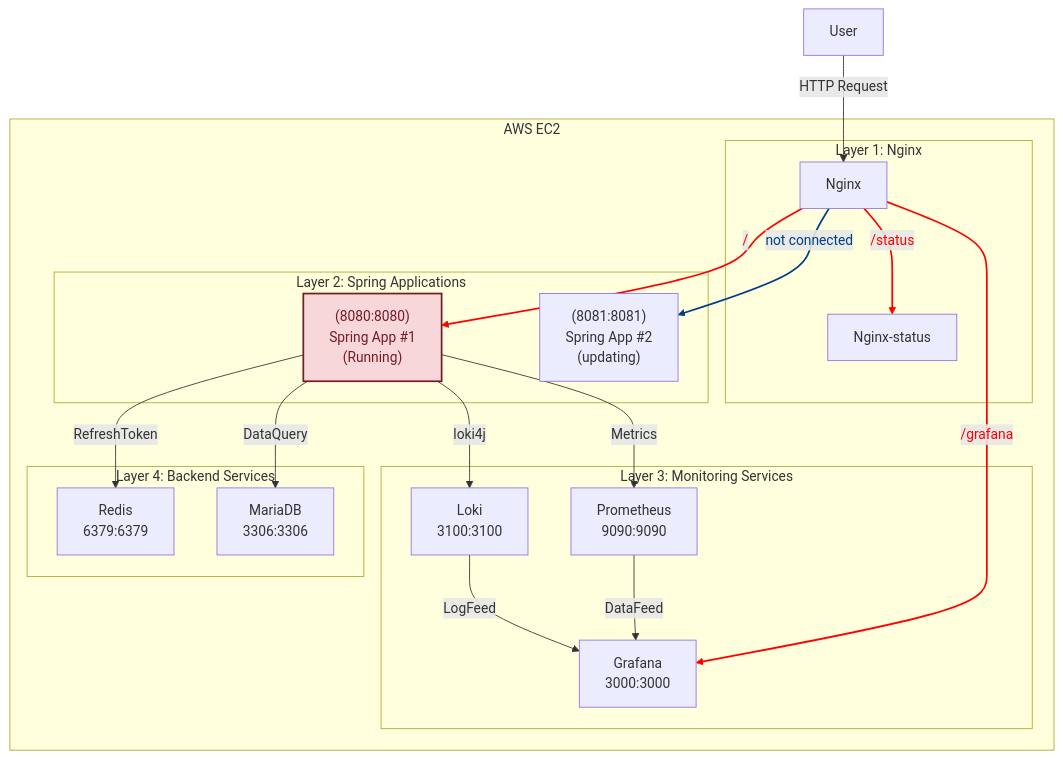
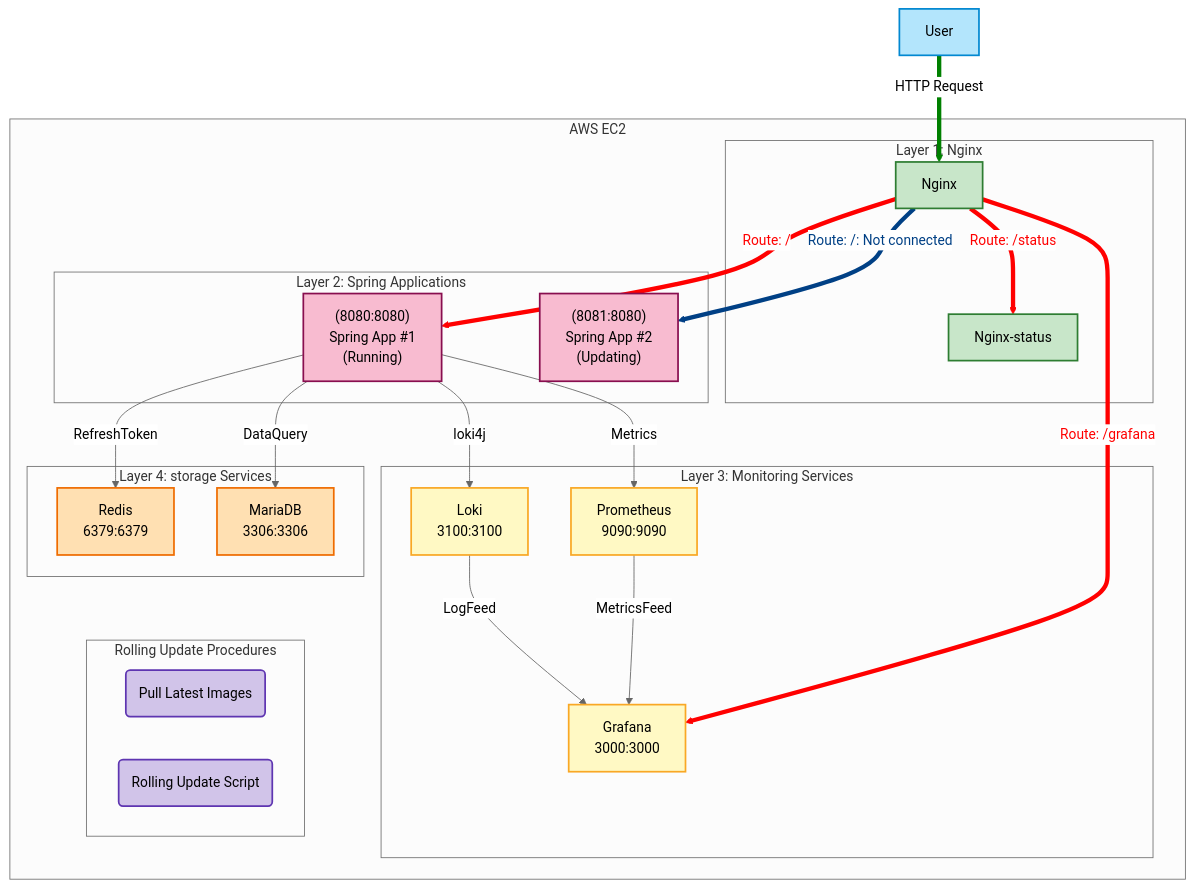
Before and after one commit to tape4/spring-cicd-template: the second of 5 diagrams in README.md, drawn with Mermaid. The commit also changed other lines of this file, not shown here.

````diff
--- a/README.md
+++ b/README.md
@@ -69,59 +81,69 @@
 ```mermaid
+%%{init: {'theme': 'neutral', 'themeVariables': { 'background': '#F0F0F0' }}}%%
 flowchart TD
-		%% 노드에 적용할 클래스 정의
-    classDef redText fill:#f8d7da,stroke:#721c24,stroke-width:2px,color:#721c24;
-    classDef blueText fill:#cce5ff,stroke:#004085,stroke-width:2px,color:#004085;
+	%% 노드에 적용할 클래스 정의
+    classDef external fill:#b3e5fc,stroke:#0288d1,stroke-width:2px;
+    classDef nginx fill:#c8e6c9,stroke:#2e7d32,stroke-width:2px;
+    classDef app fill:#f8bbd0,stroke:#880e4f,stroke-width:2px;
+    classDef monitor fill:#fff9c4,stroke:#f9a825,stroke-width:2px;
+    classDef storage fill:#ffe0b2,stroke:#ef6c00,stroke-width:2px;
+    classDef management fill:#d1c4e9,stroke:#5e35b1,stroke-width:2px;
     
-    %% 외부 사용자 노드
-    U[User]
+ %% 외부 사용자 노드
+    U[User]:::external
 
     %% AWS EC2 내 시스템 전체를 묶는 서브그래프
     subgraph "AWS EC2"
         %% Layer 1: Nginx
         subgraph "Layer 1: Nginx"
-          N[Nginx]
-          NS[Nginx-status]
+          N[Nginx]:::nginx
+          NS[Nginx-status]:::nginx
         end
 
-        %% Layer 2: Spring Applications
+ %% Layer 2: Spring Applications
         subgraph "Layer 2: Spring Applications"
-          S1["(8080:8080)<br/>Spring App #1<br/>(Running)"]
-          S2["(8081:8081)<br/>Spring App #2<br/>(updating)"]
-	        class S1 redText
+          S1["(8080:8080)<br/>Spring App #1<br/>(Running)"]:::app
+          S2["(8081:8080)<br/>Spring App #2<br/>(Updating)"]:::app
         end
 
         %% Layer 3: Monitoring Services
         subgraph "Layer 3: Monitoring Services"
-          P[Prometheus<br/>9090:9090]
-          G[Grafana<br/>3000:3000]
-          L[Loki<br/>3100:3100]
+          P[Prometheus<br/>9090:9090]:::monitor
+          G[Grafana<br/>3000:3000]:::monitor
+          L[Loki<br/>3100:3100]:::monitor
         end
 
-        %% Layer 4: Backend Services
-        subgraph "Layer 4: Backend Services"
-          R[Redis<br/>6379:6379]
-          D[MariaDB<br/>3306:3306]
+        %% Layer 4: storage Services
+        subgraph "Layer 4: storage Services"
+          R[Redis<br/>6379:6379]:::storage
+          D[MariaDB<br/>3306:3306]:::storage
+        end
+
+        subgraph "Rolling Update Procedures"
+            PULL("Pull Latest Images"):::management
+            ROLL_UPDATE("Rolling Update Script"):::management
         end
 
         %% 내부 연결
-        N -- "/" --> S1
-        N -- "not connected" --> S2
-        N -- "/status" --> NS
-        N -- "/grafana" --> G
+	N -- "Route: /" --> S1
+        N -- "Route: /: Not connected" --> S2
+        N -- "Route: /status" --> NS
+        N -- "Route: /grafana" --> G
 
 	S1 -- "Metrics" --> P
         S1 -- "loki4j" --> L
 	S1 -- "RefreshToken" --> R
 	S1 -- "DataQuery" --> D
 
-	P -- "DataFeed" --> G
+	P -- "MetricsFeed" --> G
 	L -- "LogFeed" --> G
     end
 
     U -->|HTTP Request| N
     
-    linkStyle 0 stroke:#ff0000, stroke-width:2px, color:#ff0000
-    linkStyle 1 stroke:#004085, stroke-width:2px, color:#004085
-    linkStyle 2 stroke:#ff0000, stroke-width:2px, color:#ff0000
-    linkStyle 3 stroke:#ff0000, stroke-width:2px, color:#ff0000
+    linkStyle 0 stroke:#ff0000, stroke-width:5px, color:#ff0000
+    linkStyle 1 stroke:#004085, stroke-width:5px, color:#004085
+    linkStyle 2 stroke:#ff0000, stroke-width:5px, color:#ff0000
+    linkStyle 3 stroke:#ff0000, stroke-width:5px, color:#ff0000
+    linkStyle 10 stroke:#008000, stroke-width:5px, color:#000000
 ```
````
